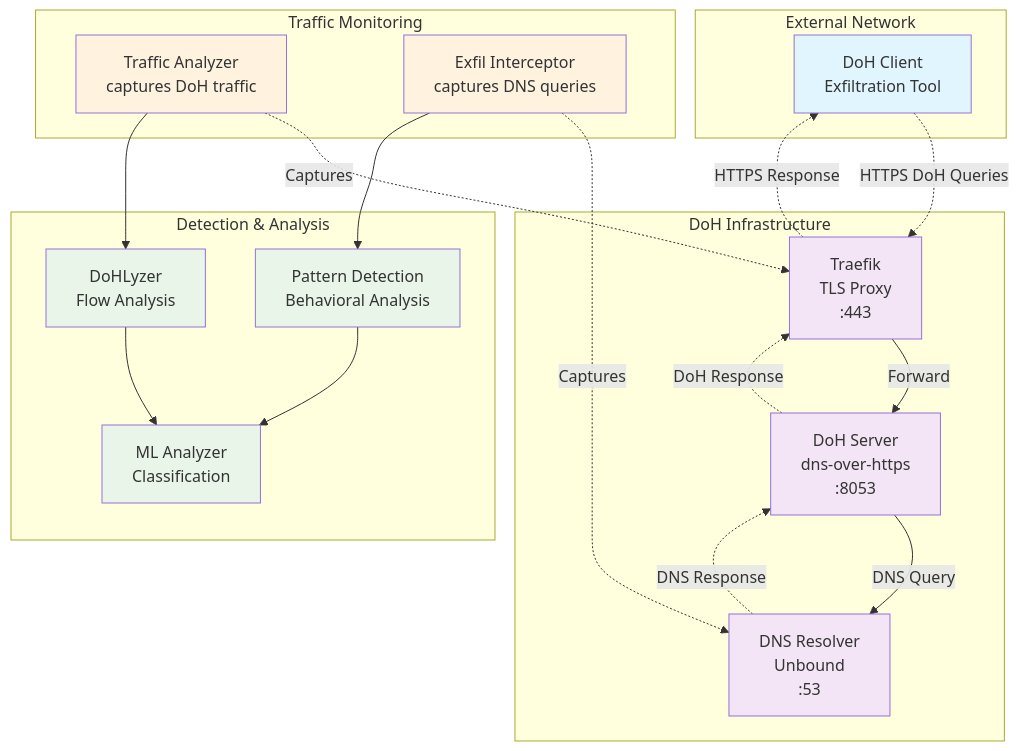
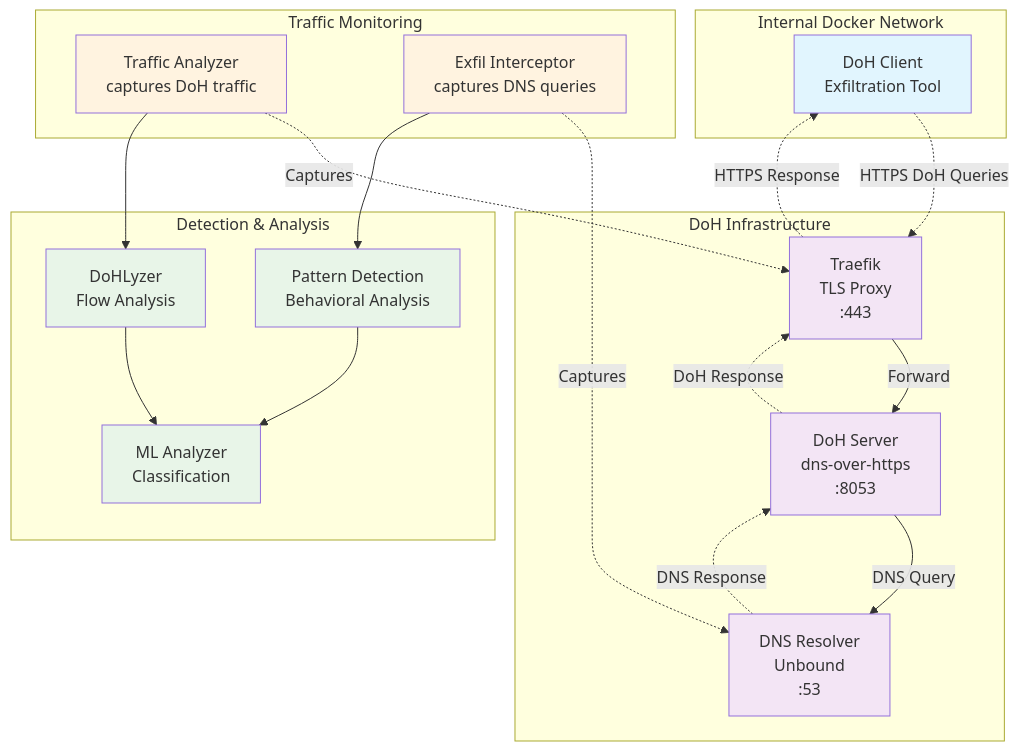
Before and after one commit to AdamLBS/DoHExfTlk: the diagram in README.md, drawn with Mermaid.

Commit message:
fix: update diagram to reflect internal Docker network in README

````diff
--- a/README.md
+++ b/README.md
@@ -60,52 +60,52 @@
 ```mermaid
 flowchart TB
-    subgraph External[External Network]
+    subgraph Internal[Internal Docker Network]
         Client[DoH Client<br/>Exfiltration Tool]
     end
 
     subgraph Infrastructure[DoH Infrastructure]
         Traefik[Traefik<br/>TLS Proxy<br/>:443]
         DoHServer[DoH Server<br/>dns-over-https<br/>:8053]
         Resolver[DNS Resolver<br/>Unbound<br/>:53]
     end
 
     subgraph Monitoring[Traffic Monitoring]
         TrafficAnalyzer[Traffic Analyzer<br/>captures DoH traffic]
         ExfilInterceptor[Exfil Interceptor<br/>captures DNS queries]
     end
 
     subgraph Analysis[Detection & Analysis]
         DoHLyzer[DoHLyzer<br/>Flow Analysis]
         MLAnalyzer[ML Analyzer<br/>Classification]
         PatternDetection[Pattern Detection<br/>Behavioral Analysis]
     end
 
     %% Main communication flow
     Client -.->|HTTPS DoH Queries| Traefik
     Traefik -->|Forward| DoHServer
     DoHServer -->|DNS Query| Resolver
     Resolver -.->|DNS Response| DoHServer
     DoHServer -.->|DoH Response| Traefik
     Traefik -.->|HTTPS Response| Client
 
     %% Monitoring connections
     TrafficAnalyzer -.->|Captures| Traefik
     ExfilInterceptor -.->|Captures| Resolver
 
     %% Analysis flow
     TrafficAnalyzer --> DoHLyzer
     ExfilInterceptor --> PatternDetection
     DoHLyzer --> MLAnalyzer
     PatternDetection --> MLAnalyzer
 
     %% Styling
     classDef client fill:#e1f5fe
     classDef infra fill:#f3e5f5
     classDef monitor fill:#fff3e0
     classDef analysis fill:#e8f5e8
 
     class Client client
     class Traefik,DoHServer,Resolver infra
     class TrafficAnalyzer,ExfilInterceptor monitor
     class DoHLyzer,MLAnalyzer,PatternDetection analysis
 ```
````
